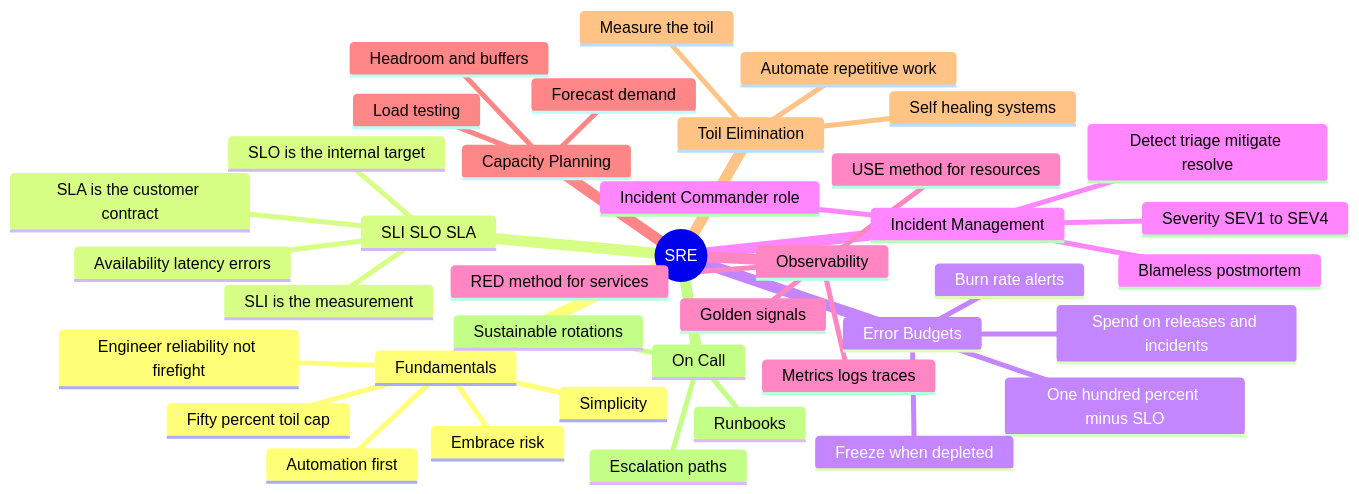
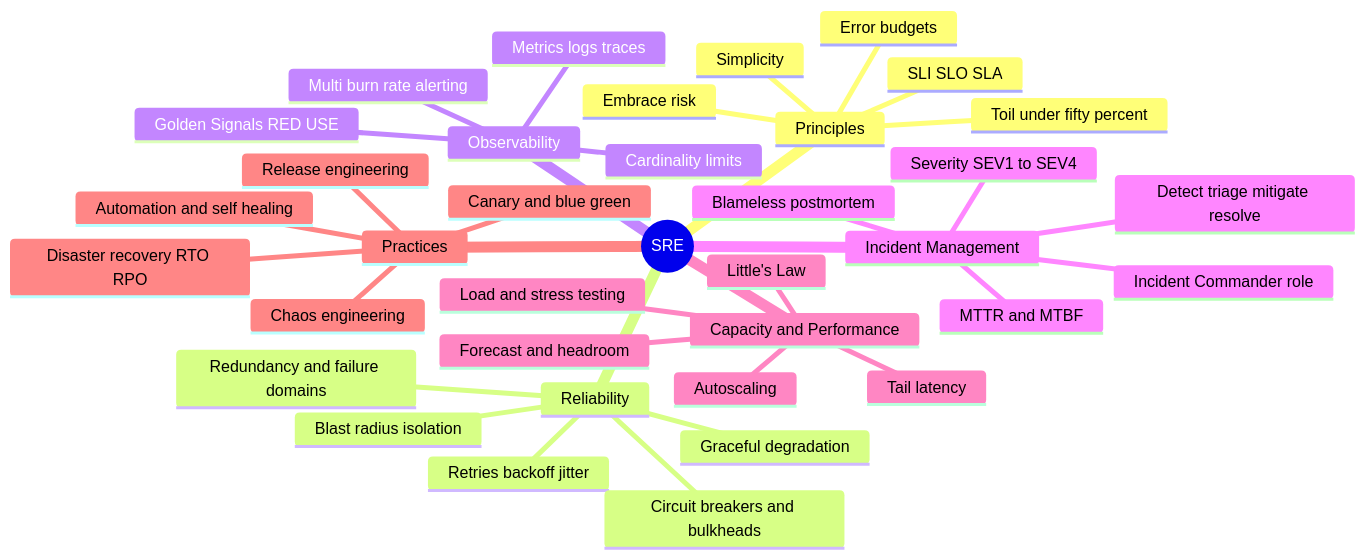
One commit to rakesh-budde/devops-guide changed the first of 3 diagrams in sre/README.md. Above: the diagram before and after it, drawn with Mermaid. The commit also changed other lines of this file and 127 other files, not shown here.

````diff
--- a/sre/README.md
+++ b/sre/README.md
@@ -24,42 +37,39 @@
 ```mermaid
 mindmap
   root((SRE))
-    Fundamentals
-      Engineer reliability not firefight
-      Automation first
+    Principles
       Embrace risk
-      Fifty percent toil cap
+      SLI SLO SLA
+      Error budgets
+      Toil under fifty percent
       Simplicity
-    SLI SLO SLA
-      SLI is the measurement
-      SLO is the internal target
-      SLA is the customer contract
-      Availability latency errors
-    Error Budgets
-      One hundred percent minus SLO
-      Spend on releases and incidents
-      Burn rate alerts
-      Freeze when depleted
+    Reliability
+      Redundancy and failure domains
+      Blast radius isolation
+      Retries backoff jitter
+      Circuit breakers and bulkheads
+      Graceful degradation
+    Observability
+      Metrics logs traces
+      Golden Signals RED USE
+      Multi burn rate alerting
+      Cardinality limits
     Incident Management
       Detect triage mitigate resolve
       Incident Commander role
       Severity SEV1 to SEV4
       Blameless postmortem
-    Observability
-      Metrics logs traces
-      RED method for services
-      USE method for resources
-      Golden signals
-    Capacity Planning
-      Forecast demand
-      Headroom and buffers
-      Load testing
-    Toil Elimination
-      Automate repetitive work
-      Measure the toil
-      Self healing systems
-    On Call
-      Sustainable rotations
-      Runbooks
-      Escalation paths
+      MTTR and MTBF
+    Capacity and Performance
+      Forecast and headroom
+      Load and stress testing
+      Autoscaling
+      Little's Law
+      Tail latency
+    Practices
+      Release engineering
+      Canary and blue green
+      Chaos engineering
+      Automation and self healing
+      Disaster recovery RTO RPO
 ```
````
